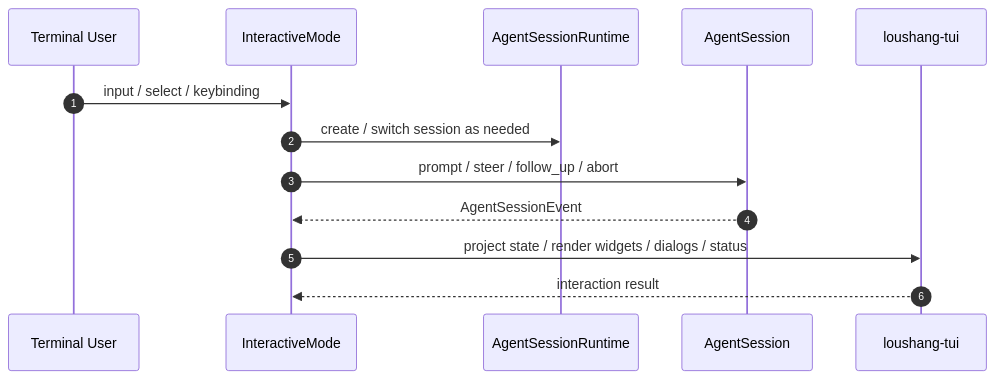
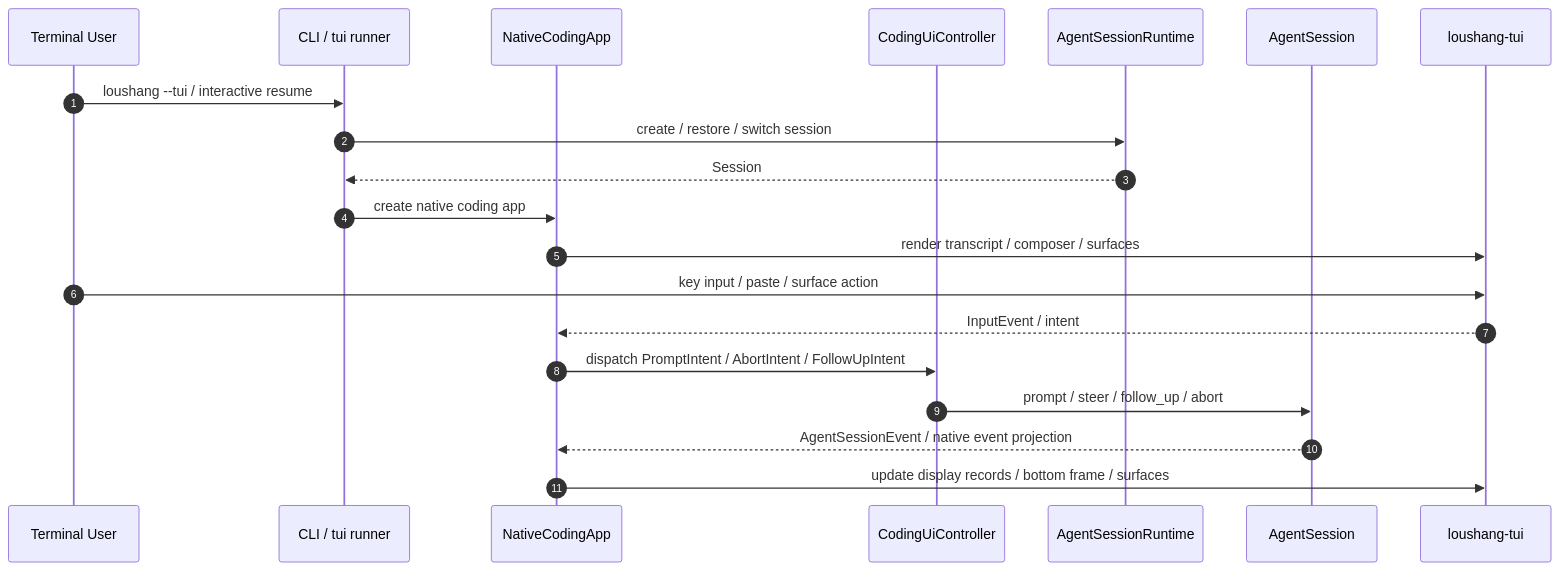
Before and after one commit to wrongbutworks/loushang: the fifth of 5 diagrams in docs/internals/architecture/coding/loushang-coding-key-mode-sequences.md, drawn with Mermaid. The commit also changed other lines of this file and 58 other files, not shown here.

Commit message:
docs: align architecture documentation

````diff
--- a/docs/internals/architecture/coding/loushang-coding-key-mode-sequences.md
+++ b/docs/internals/architecture/coding/loushang-coding-key-mode-sequences.md
@@ -323,16 +325,23 @@
 ```mermaid
 sequenceDiagram
   autonumber
   participant User as Terminal User
-  participant IM as InteractiveMode
+  participant CLI as CLI / tui runner
+  participant App as NativeCodingApp
+  participant Controller as CodingUiController
   participant Runtime as AgentSessionRuntime
   participant Session as AgentSession
   participant TUI as loushang-tui
 
-  User->>IM: input / select / keybinding
-  IM->>Runtime: create / switch session as needed
-  IM->>Session: prompt / steer / follow_up / abort
-  Session-->>IM: AgentSessionEvent
-  IM->>TUI: project state / render widgets / dialogs / status
-  TUI-->>IM: interaction result
+  User->>CLI: loushang --tui / interactive resume
+  CLI->>Runtime: create / restore / switch session
+  Runtime-->>CLI: Session
+  CLI->>App: create native coding app
+  App->>TUI: render transcript / composer / surfaces
+  User->>TUI: key input / paste / surface action
+  TUI-->>App: InputEvent / intent
+  App->>Controller: dispatch PromptIntent / AbortIntent / FollowUpIntent
+  Controller->>Session: prompt / steer / follow_up / abort
+  Session-->>App: AgentSessionEvent / native event projection
+  App->>TUI: update display records / bottom frame / surfaces
 ```
````
